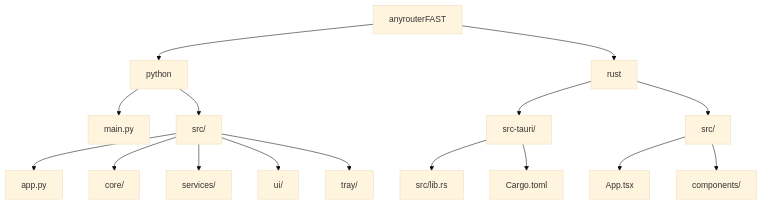
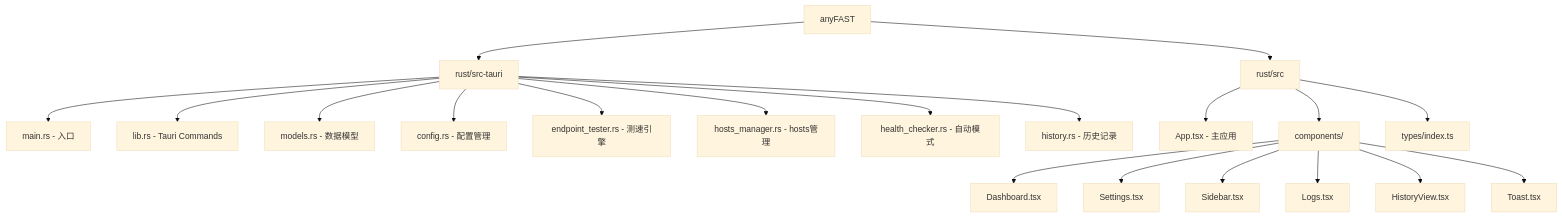
One commit to wangwingzero/anyFAST changed the diagram in CLAUDE.md. Above: the diagram before and after it, drawn with Mermaid (base theme). The commit also changed other lines of this file and 35 other files, not shown here.

````diff
--- a/CLAUDE.md
+++ b/CLAUDE.md
@@ -36,23 +100,27 @@
 ```mermaid
 graph TD
-    A["anyrouterFAST"] --> B["python"]
-    A --> C["rust"]
+    A["anyFAST"] --> B["rust/src-tauri"]
+    A --> C["rust/src"]
 
-    B --> B1["main.py"]
-    B --> B2["src/"]
-    B2 --> B2a["app.py"]
-    B2 --> B2b["core/"]
-    B2 --> B2c["services/"]
-    B2 --> B2d["ui/"]
-    B2 --> B2e["tray/"]
+    B --> B1["main.rs - 入口"]
+    B --> B2["lib.rs - Tauri Commands"]
+    B --> B3["models.rs - 数据模型"]
+    B --> B4["config.rs - 配置管理"]
+    B --> B5["endpoint_tester.rs - 测速引擎"]
+    B --> B6["hosts_manager.rs - hosts管理"]
+    B --> B7["health_checker.rs - 自动模式"]
+    B --> B8["history.rs - 历史记录"]
 
-    C --> C1["src-tauri/"]
-    C --> C2["src/"]
-    C1 --> C1a["src/lib.rs"]
-    C1 --> C1b["Cargo.toml"]
-    C2 --> C2a["App.tsx"]
-    C2 --> C2b["components/"]
+    C --> C1["App.tsx - 主应用"]
+    C --> C2["components/"]
+    C --> C3["types/index.ts"]
 
-    click B "./python/CLAUDE.md" "查看 Python 模块文档"
-    click C "./rust/CLAUDE.md" "查看 Rust 模块文档"
+    C2 --> C2a["Dashboard.tsx"]
+    C2 --> C2b["Settings.tsx"]
+    C2 --> C2c["Sidebar.tsx"]
+    C2 --> C2d["Logs.tsx"]
+    C2 --> C2e["HistoryView.tsx"]
+    C2 --> C2f["Toast.tsx"]
+
+    click B "./rust/CLAUDE.md" "查看 Rust 模块文档"
 ```
````
